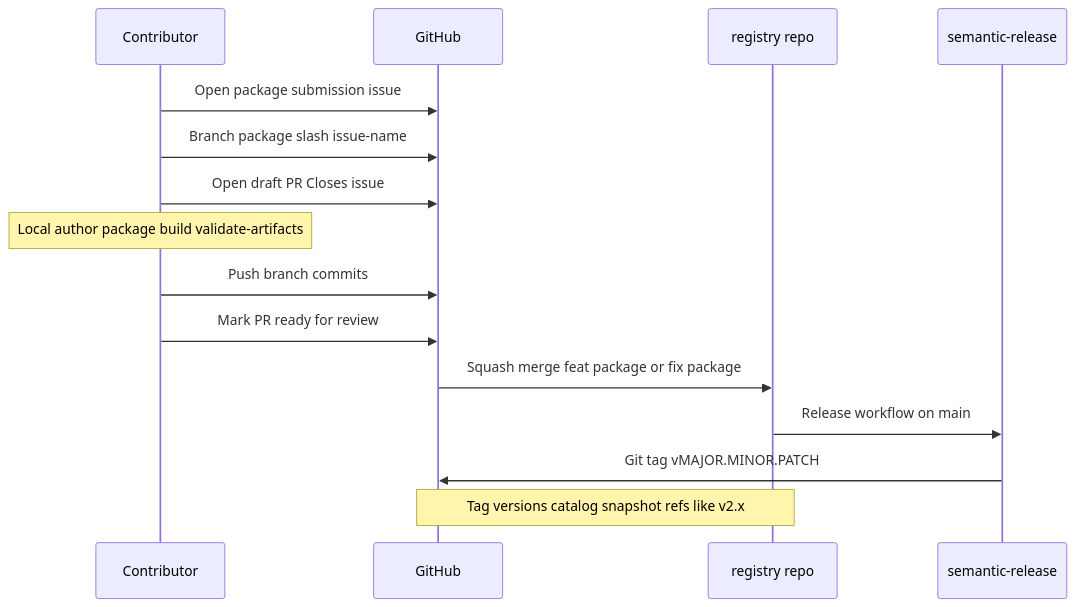
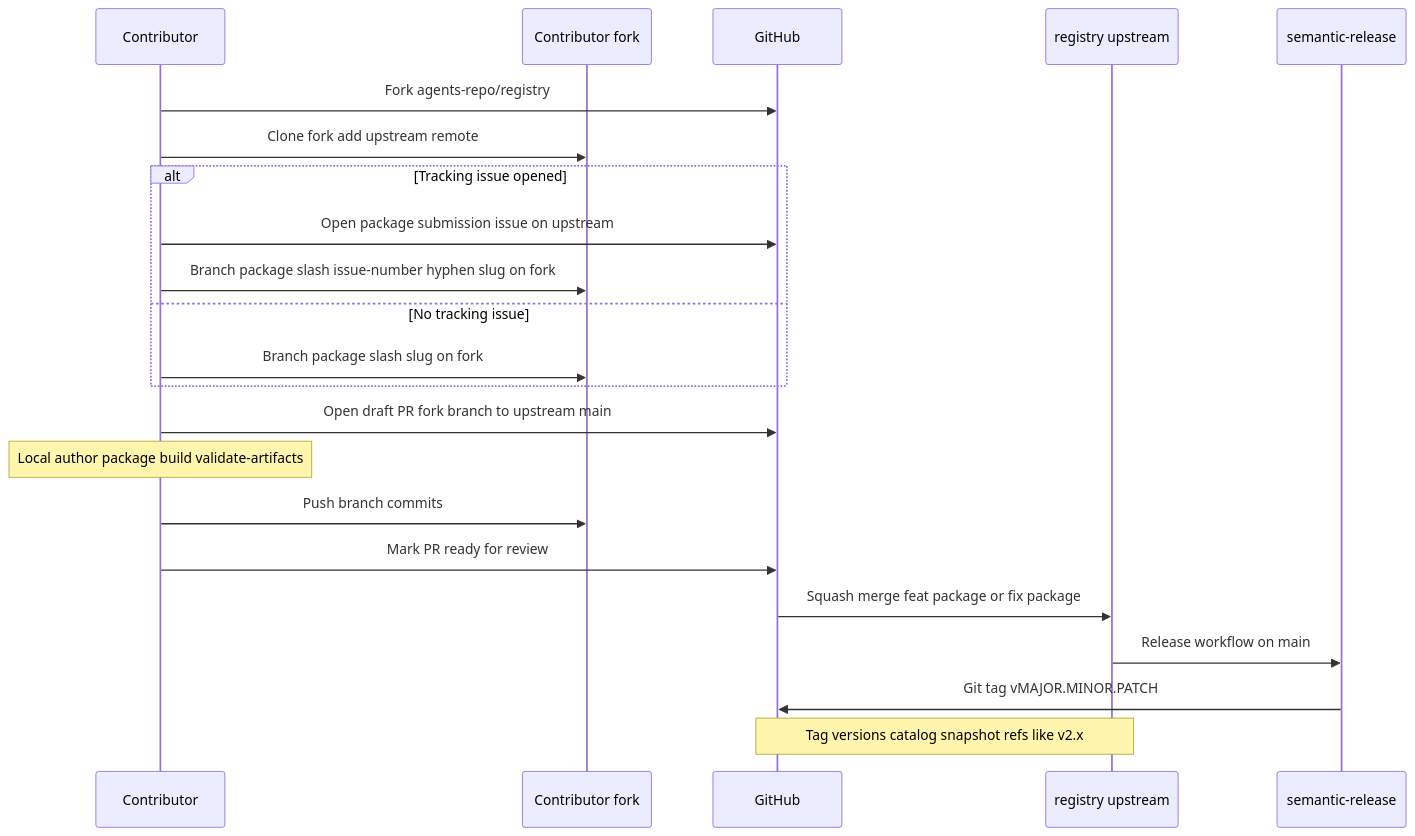
Before and after one commit to agents-repo/.github: the second of 4 diagrams in docs/ecosystem.md, drawn with Mermaid. The commit also changed other lines of this file and 1 other file, not shown here.

Commit message:
docs: package submission fork flow in ecosystem docs (#54)
* chore: scaffold draft PR for #53

* docs: package submission fork flow and optional issue exception

Add registry package submission workflow exception and update ecosystem
publish diagram for fork-first contributions.

Closes #53

* docs: complete package exception branch and Related Issues guidance

Org workflow exception now matches registry CONTRIBUTING; ecosystem diagram
branches on issue-number vs slug-only package branch patterns.

* docs: address Copilot review on package submission docs

Use alt/else in Mermaid diagram and keep inline code on one line.

---------

````diff
--- a/docs/ecosystem.md
+++ b/docs/ecosystem.md
@@ -83,18 +84,25 @@
 ```mermaid
 sequenceDiagram
   participant C as Contributor
+  participant F as Contributor fork
   participant GH as GitHub
-  participant R as registry repo
+  participant R as registry upstream
   participant SR as semantic-release
 
-  C->>GH: Open package submission issue
-  C->>GH: Branch package slash issue-name
-  C->>GH: Open draft PR Closes issue
+  C->>GH: Fork agents-repo/registry
+  C->>F: Clone fork add upstream remote
+  alt Tracking issue opened
+    C->>GH: Open package submission issue on upstream
+    C->>F: Branch package slash issue-number hyphen slug on fork
+  else No tracking issue
+    C->>F: Branch package slash slug on fork
+  end
+  C->>GH: Open draft PR fork branch to upstream main
   Note over C: Local author package build validate-artifacts
-  C->>GH: Push branch commits
+  C->>F: Push branch commits
   C->>GH: Mark PR ready for review
   GH->>R: Squash merge feat package or fix package
   R->>SR: Release workflow on main
   SR->>GH: Git tag vMAJOR.MINOR.PATCH
   Note over R,GH: Tag versions catalog snapshot refs like v2.x
 ```
````
